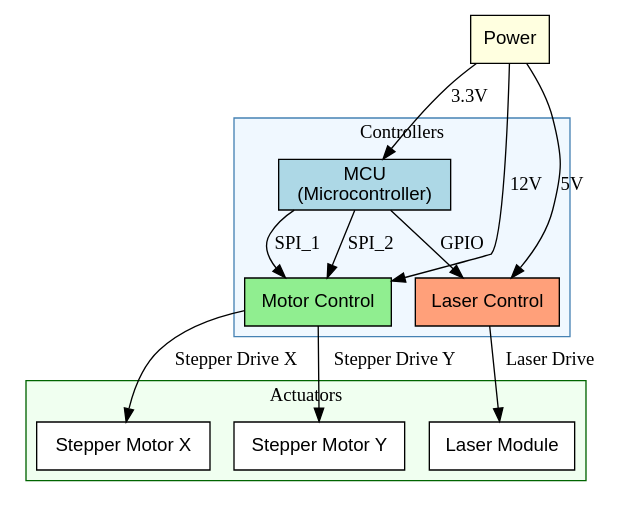
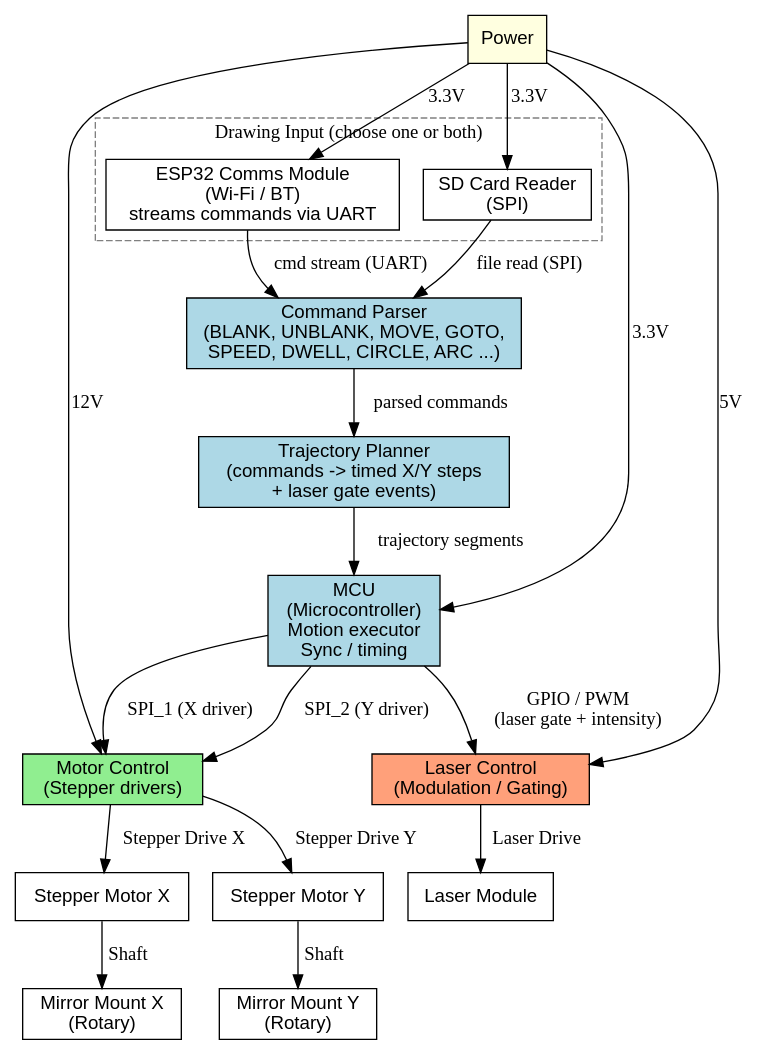
Before and after one commit to SteveMayze/Laser-Projector: the diagram in docs/design/block-diagram.dot, drawn with Graphviz.

Commit message:
Restoring block-diagram.dot after grouping did not work

```diff
--- a/docs/design/block-diagram.dot
+++ b/docs/design/block-diagram.dot
@@ -1,46 +1,57 @@
 digraph BlockDiagram {
     rankdir=TB;
     node [shape=box, style=filled, fillcolor=lightgrey, fontname="Helvetica"];
 
     // ── Power ──────────────────────────────────────────────────────────────
     Power [label="Power", fillcolor=lightyellow];
 
-    // ── Controllers cluster ────────────────────────────────────────────────
-    subgraph cluster_controllers {
-        label="Controllers";
-        style=filled;
-        fillcolor=aliceblue;
-        color=steelblue;
-
-        MCU          [label="MCU\n(Microcontroller)", fillcolor=lightblue];
-        MotorControl [label="Motor Control", fillcolor=lightgreen];
-        LaserControl [label="Laser Control", fillcolor=lightsalmon];
+    // ── Input Sources (choose one or both) ────────────────────────────────
+    subgraph cluster_input {
+        label="Drawing Input (choose one or both)";
+        style=dashed;
+        color=grey;
+        SDCardReader [label="SD Card Reader\n(SPI)", fillcolor=white];
+        ESP32        [label="ESP32 Comms Module\n(Wi-Fi / BT)\nstreams commands via UART", fillcolor=white];
     }
 
-    // ── Actuators cluster ──────────────────────────────────────────────────
-    subgraph cluster_actuators {
-        label="Actuators";
-        style=filled;
-        fillcolor=honeydew;
-        color=darkgreen;
+    // ── Firmware pipeline (runs on MCU) ───────────────────────────────────
+    CommandParser     [label="Command Parser\n(BLANK, UNBLANK, MOVE, GOTO,\nSPEED, DWELL, CIRCLE, ARC ...)", fillcolor=lightblue];
+    TrajectoryPlanner [label="Trajectory Planner\n(commands -> timed X/Y steps\n+ laser gate events)", fillcolor=lightblue];
+    MCU               [label="MCU\n(Microcontroller)\nMotion executor\nSync / timing", fillcolor=lightblue];
 
-        StepperX    [label="Stepper Motor X", fillcolor=white];
-        StepperY    [label="Stepper Motor Y", fillcolor=white];
-        LaserModule [label="Laser Module", fillcolor=white];
-    }
+    // ── Control blocks ─────────────────────────────────────────────────────
+    MotorControl [label="Motor Control\n(Stepper drivers)", fillcolor=lightgreen];
+    LaserControl [label="Laser Control\n(Modulation / Gating)", fillcolor=lightsalmon];
 
-    // ── Power outputs ──────────────────────────────────────────────────────
+    // ── Actuators ──────────────────────────────────────────────────────────
+    StepperX     [label="Stepper Motor X", fillcolor=white];
+    StepperY     [label="Stepper Motor Y", fillcolor=white];
+    MirrorMountX [label="Mirror Mount X\n(Rotary)", fillcolor=white];
+    MirrorMountY [label="Mirror Mount Y\n(Rotary)", fillcolor=white];
+    LaserModule  [label="Laser Module", fillcolor=white];
+
+    // ── Power distribution ────────────────────────────────────────────────
     Power -> MCU          [label="3.3V"];
     Power -> LaserControl [label="5V"];
     Power -> MotorControl [label="12V"];
+    Power -> SDCardReader [label="3.3V"];
+    Power -> ESP32        [label="3.3V"];
 
-    // ── MCU outputs ────────────────────────────────────────────────────────
-    MCU -> MotorControl [label="SPI_1"];
-    MCU -> MotorControl [label="SPI_2"];
-    MCU -> LaserControl [label="GPIO"];
+    // ── Data path: input -> parse -> plan -> execute ───────────────────────
+    SDCardReader      -> CommandParser     [label="file read (SPI)"];
+    ESP32             -> CommandParser     [label="cmd stream (UART)"];
+    CommandParser     -> TrajectoryPlanner [label="parsed commands"];
+    TrajectoryPlanner -> MCU               [label="trajectory segments"];
+
+    // ── MCU -> control blocks ─────────────────────────────────────────────
+    MCU -> MotorControl [label="SPI_1 (X driver)"];
+    MCU -> MotorControl [label="SPI_2 (Y driver)"];
+    MCU -> LaserControl [label="GPIO / PWM\n(laser gate + intensity)"];
 
     // ── Actuator connections ───────────────────────────────────────────────
-    MotorControl -> StepperX    [label="Stepper Drive X"];
-    MotorControl -> StepperY    [label="Stepper Drive Y"];
-    LaserControl -> LaserModule [label="Laser Drive"];
+    MotorControl -> StepperX     [label="Stepper Drive X"];
+    MotorControl -> StepperY     [label="Stepper Drive Y"];
+    StepperX     -> MirrorMountX [label="Shaft"];
+    StepperY     -> MirrorMountY [label="Shaft"];
+    LaserControl -> LaserModule  [label="Laser Drive"];
 }
```
